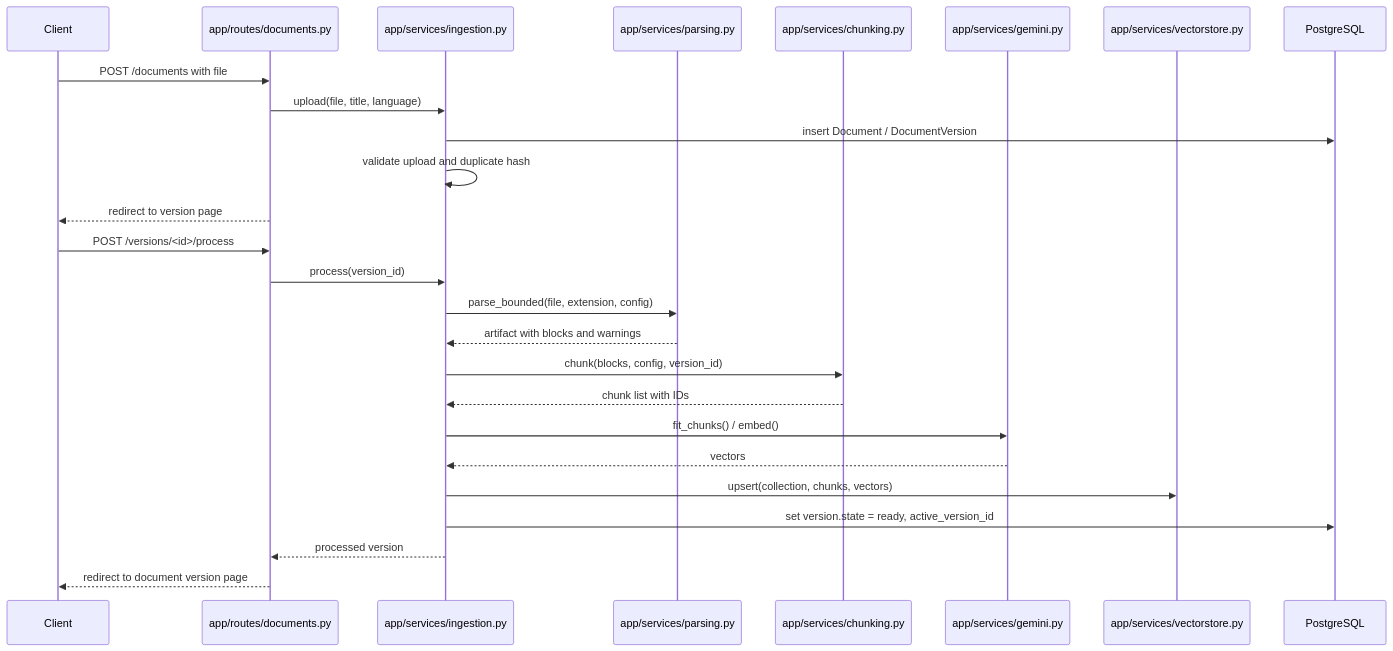
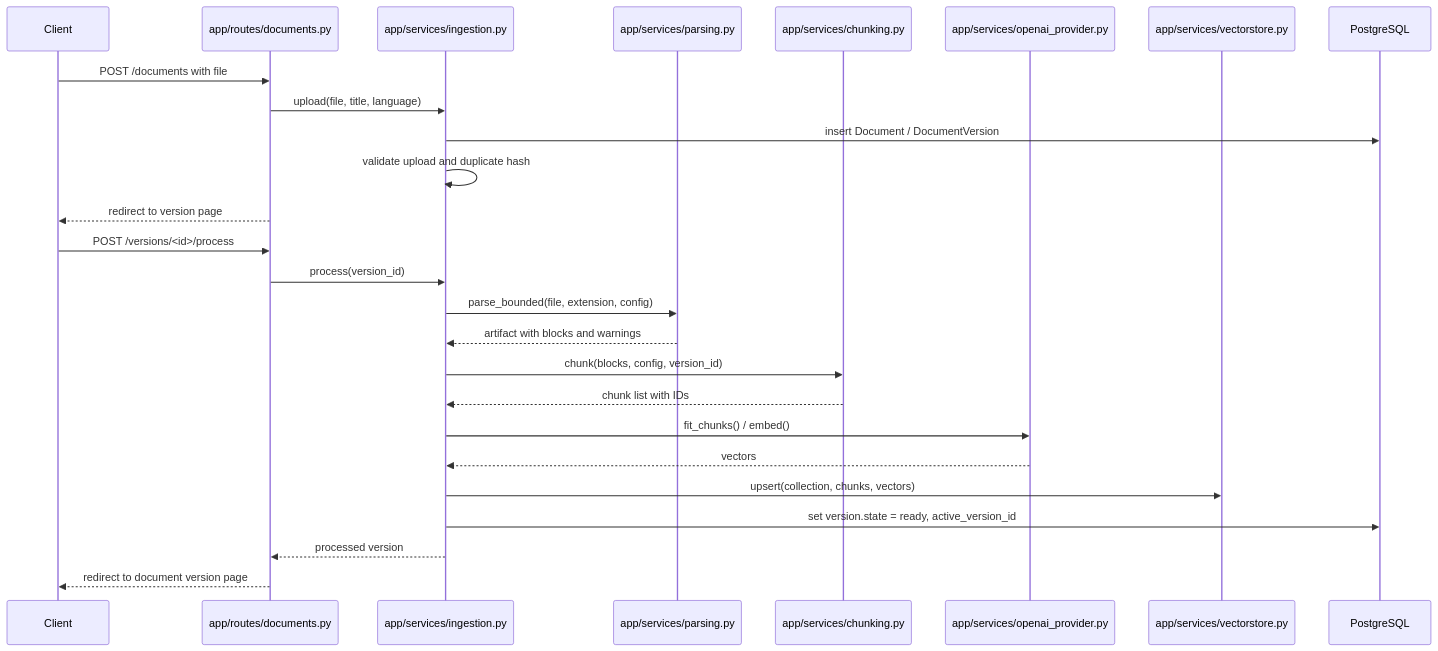
The first of 2 diagrams in documentation/05-end-to-end-execution-flow.md (Dorjnyam/rag_chatbot_try), drawn with Mermaid before and after one commit. The commit also changed other lines of this file and 50 other files, not shown here.

````diff
--- a/documentation/05-end-to-end-execution-flow.md
+++ b/documentation/05-end-to-end-execution-flow.md
@@ -13,30 +13,30 @@
 ```mermaid
 sequenceDiagram
     participant Client
     participant Route as app/routes/documents.py
     participant Ingest as app/services/ingestion.py
     participant Parse as app/services/parsing.py
     participant Chunk as app/services/chunking.py
-    participant Gemini as app/services/gemini.py
+    participant OpenAI as app/services/openai_provider.py
     participant Chroma as app/services/vectorstore.py
     participant PG as PostgreSQL
 
     Client->>Route: POST /documents with file
     Route->>Ingest: upload(file, title, language)
     Ingest->>PG: insert Document / DocumentVersion
     Ingest->>Ingest: validate upload and duplicate hash
     Route-->>Client: redirect to version page
 
     Client->>Route: POST /versions/<id>/process
     Route->>Ingest: process(version_id)
     Ingest->>Parse: parse_bounded(file, extension, config)
     Parse-->>Ingest: artifact with blocks and warnings
     Ingest->>Chunk: chunk(blocks, config, version_id)
     Chunk-->>Ingest: chunk list with IDs
-    Ingest->>Gemini: fit_chunks() / embed()
-    Gemini-->>Ingest: vectors
+    Ingest->>OpenAI: fit_chunks() / embed()
+    OpenAI-->>Ingest: vectors
     Ingest->>Chroma: upsert(collection, chunks, vectors)
     Ingest->>PG: set version.state = ready, active_version_id
     Ingest-->>Route: processed version
     Route-->>Client: redirect to document version page
 ```
````
